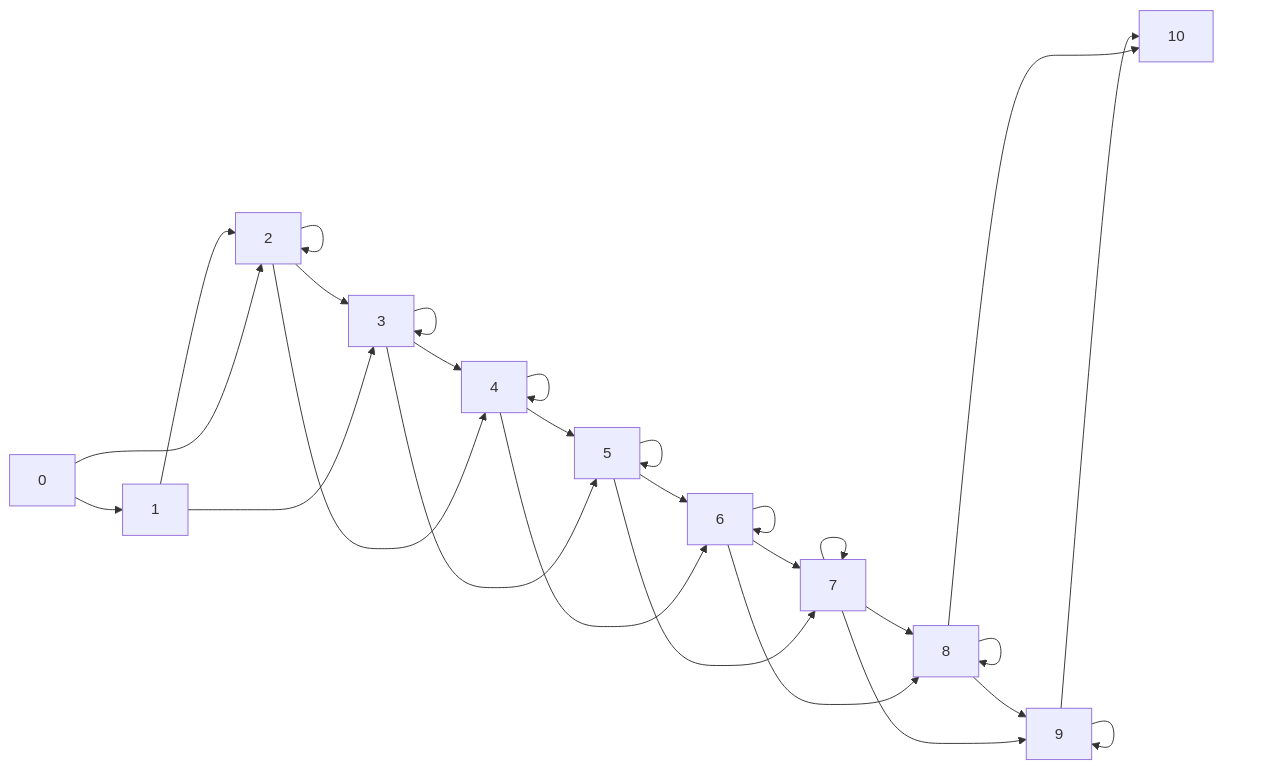
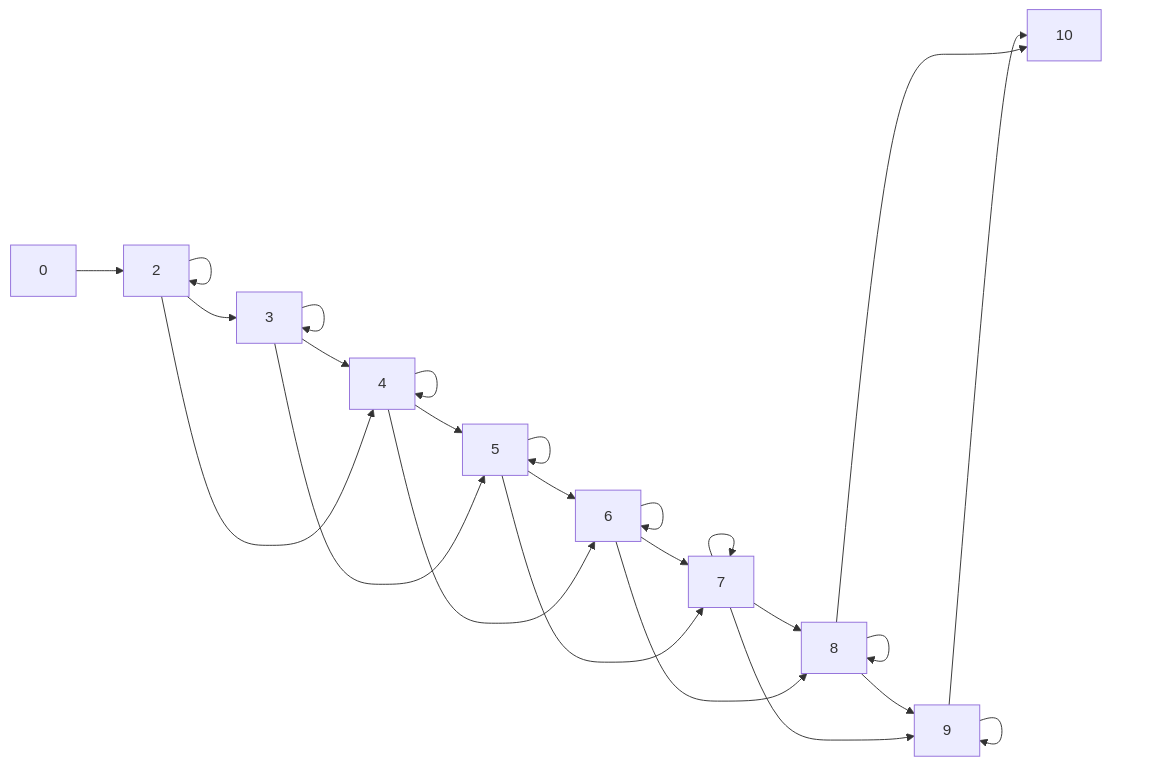
One commit to waveFrontSet/grip-blog changed the diagram in content/posts/the-markov-chains-of-elina-harper.md. Above: the diagram before and after it, drawn with Mermaid. The commit also changed other lines of this file, not shown here.

```diff
--- a/content/posts/the-markov-chains-of-elina-harper.md
+++ b/content/posts/the-markov-chains-of-elina-harper.md
@@ -152,13 +180,12 @@
 {{<mermaid>}}
 flowchart LR
-    0 --> 1 & 2
-    1 --> 2 & 3
+    0 --> 2
     2 --> 2 & 3 & 4
     3 --> 3 & 4 & 5
     4 --> 4 & 5 & 6
     5 --> 5 & 6 & 7
     6 --> 6 & 7 & 8
     7 --> 7 & 8 & 9
     8 --> 8 & 9 & 10
     9 --> 9 & 10
 {{</mermaid>}}
```
